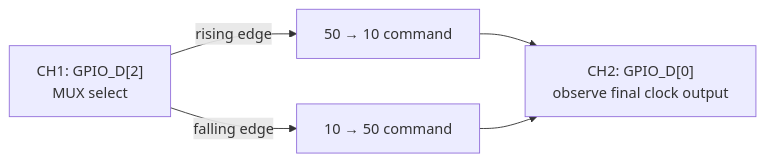
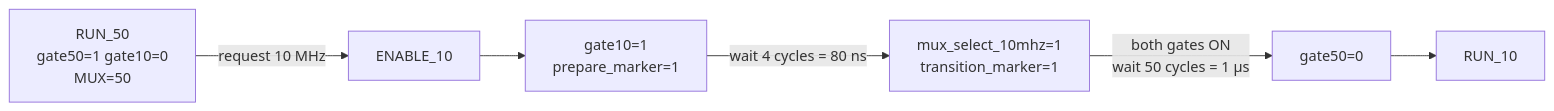
One commit to Jiayhocoding/iopll_niosv_50_10_mux_gating changed the fourth of 4 diagrams in README.md. Above: the diagram before and after it, drawn with Mermaid. The commit also changed other lines of this file, not shown here.

Commit message:
docs: realign README with current mux gating implementation

````diff
--- a/README.md
+++ b/README.md
@@ -231,7 +135,8 @@
 ```mermaid
 flowchart LR
-    TRIG["CH1: GPIO_D[2]<br/>MUX select"] -->|"rising edge"| FWD["50 → 10 command"]
-    TRIG -->|"falling edge"| REV["10 → 50 command"]
-    FWD --> OBS["CH2: GPIO_D[0]<br/>observe final clock output"]
-    REV --> OBS
+    A["RUN_50<br/>gate50=1 gate10=0<br/>MUX=50"] -->|"request 10 MHz"| B["ENABLE_10"]
+    B --> C["gate10=1<br/>prepare_marker=1"]
+    C -->|"wait 4 cycles = 80 ns"| D["mux_select_10mhz=1<br/>transition_marker=1"]
+    D -->|"both gates ON<br/>wait 50 cycles = 1 µs"| E["gate50=0"]
+    E --> F["RUN_10"]
 ```
````
